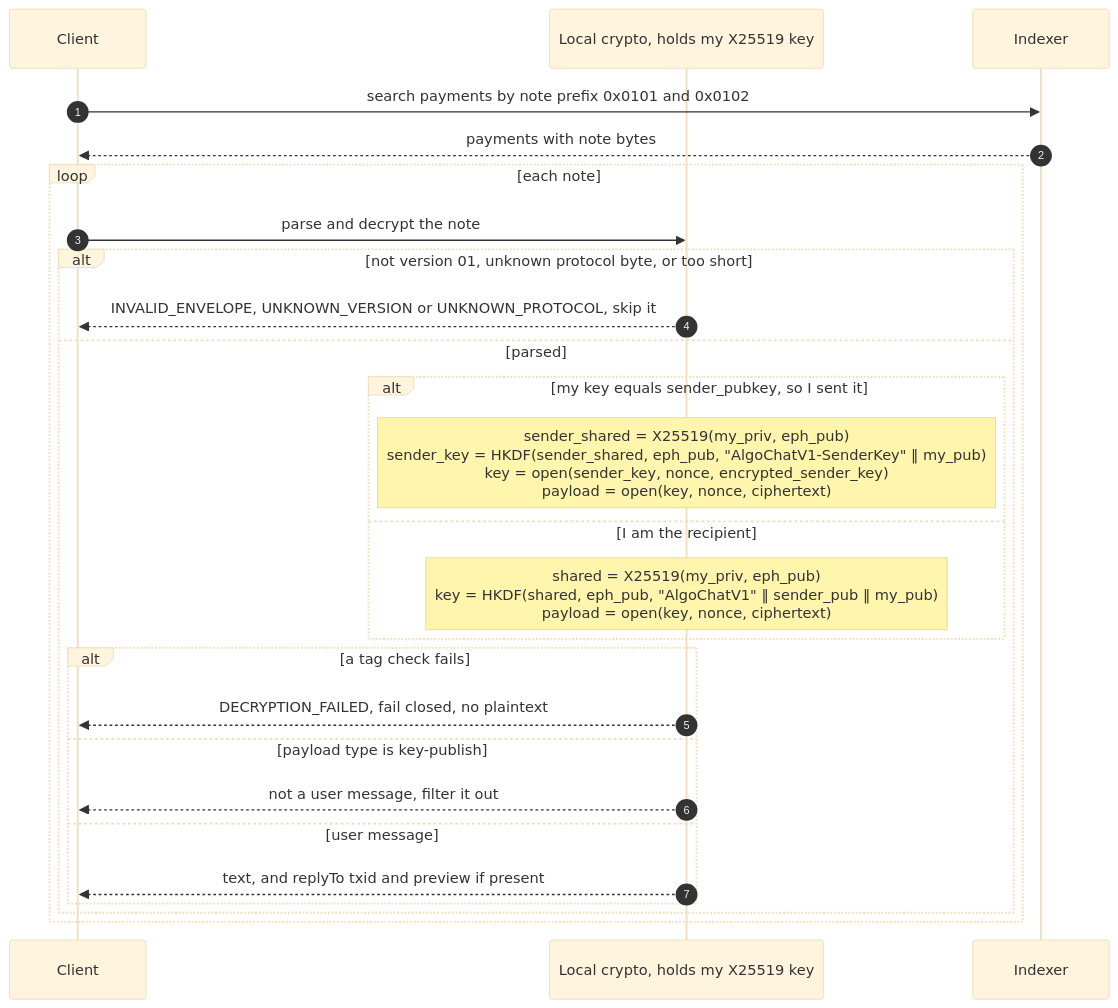
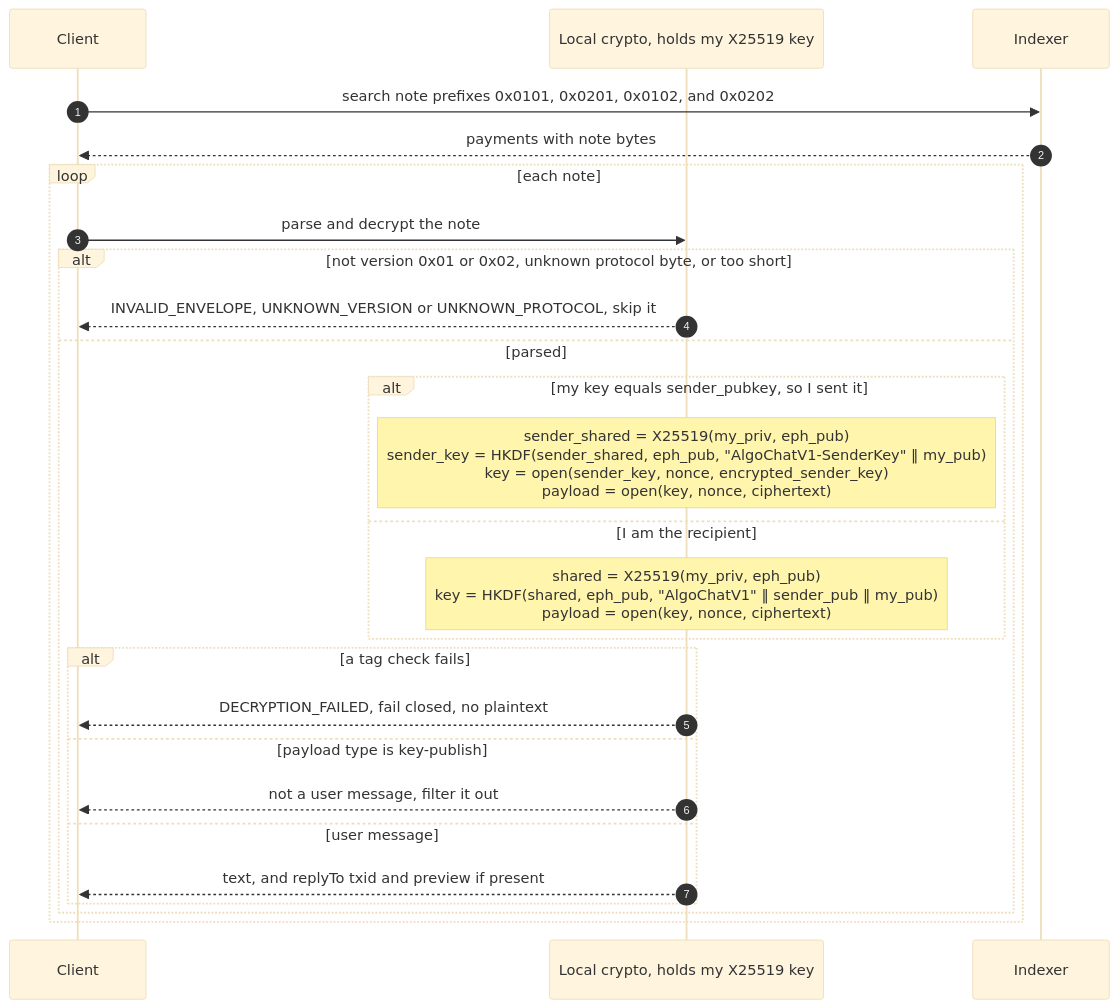
The seventh of 15 diagrams in docs/HLD.md (CorvidLabs/algochat), drawn with Mermaid (base theme) before and after one commit. The commit also changed other lines of this file and 207 other files, not shown here.

````diff
--- a/docs/HLD.md
+++ b/docs/HLD.md
@@ -247,28 +247,28 @@
 ```mermaid
 sequenceDiagram
     autonumber
     participant C as Client
     participant K as Local crypto, holds my X25519 key
     participant I as Indexer
-    C->>I: search payments by note prefix 0x0101 and 0x0102
+    C->>I: search note prefixes 0x0101, 0x0201, 0x0102, and 0x0202
     I-->>C: payments with note bytes
     loop each note
         C->>K: parse and decrypt the note
-        alt not version 01, unknown protocol byte, or too short
+        alt not version 0x01 or 0x02, unknown protocol byte, or too short
             K-->>C: INVALID_ENVELOPE, UNKNOWN_VERSION or UNKNOWN_PROTOCOL, skip it
         else parsed
             alt my key equals sender_pubkey, so I sent it
                 Note over K: sender_shared = X25519(my_priv, eph_pub)<br/>sender_key = HKDF(sender_shared, eph_pub, "AlgoChatV1-SenderKey" ‖ my_pub)<br/>key = open(sender_key, nonce, encrypted_sender_key)<br/>payload = open(key, nonce, ciphertext)
             else I am the recipient
                 Note over K: shared = X25519(my_priv, eph_pub)<br/>key = HKDF(shared, eph_pub, "AlgoChatV1" ‖ sender_pub ‖ my_pub)<br/>payload = open(key, nonce, ciphertext)
             end
             alt a tag check fails
                 K-->>C: DECRYPTION_FAILED, fail closed, no plaintext
             else payload type is key-publish
                 K-->>C: not a user message, filter it out
             else user message
                 K-->>C: text, and replyTo txid and preview if present
             end
         end
     end
 ```
````
